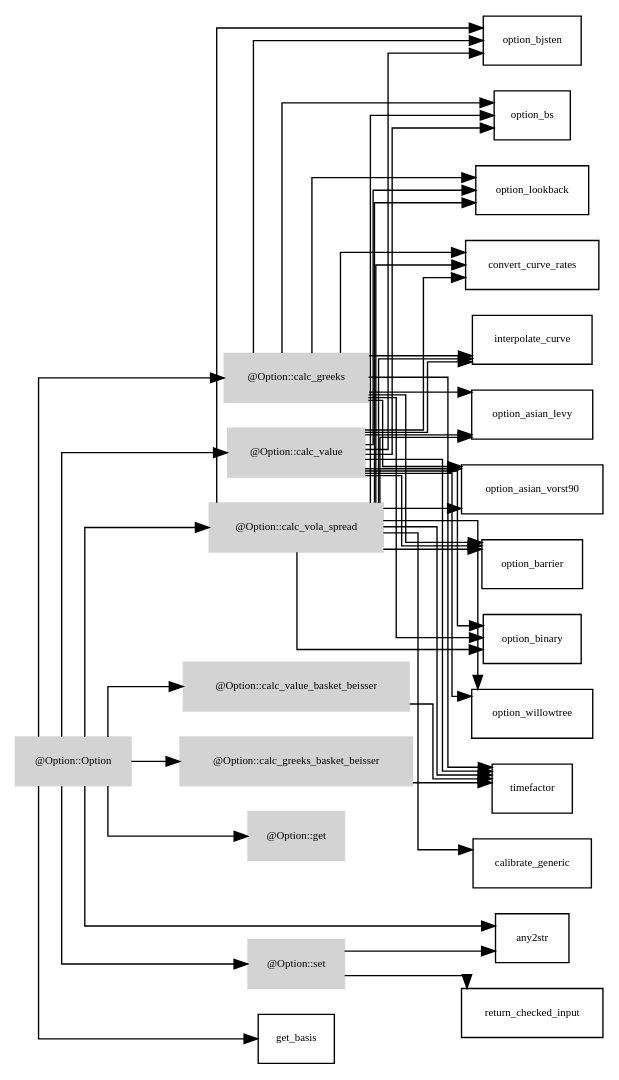
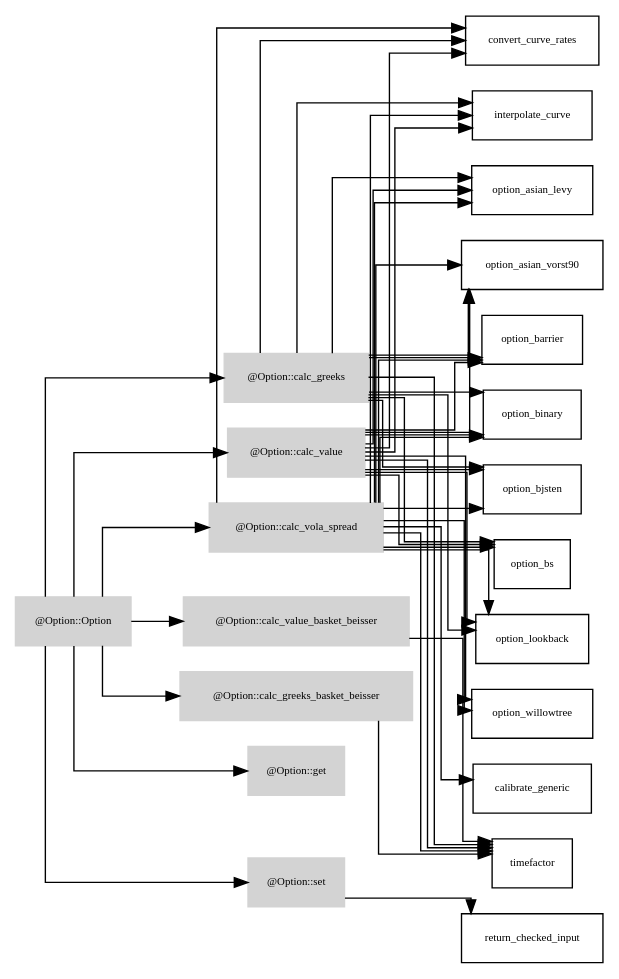
Before and after one commit to octarisk/documentation: the diagram in graphviz_files/Option.dot, drawn with Graphviz. The commit also changed 50 other files, not shown here.

Commit message:
* introduction of graphviz files for all classes and class function dependencies

```diff
--- a/graphviz_files/Option.dot
+++ b/graphviz_files/Option.dot
@@ -1,66 +1,63 @@
 digraph G {
 	fontname = "Bitstream Vera Sans"
 	fontsize = 8
 	node [
 		fontname = "Bitstream Vera Sans"
 		fontsize = 8
 		shape = "record"
 	]
 	edge [
 		fontname = "Bitstream Vera Sans"
 		fontsize = 8
 	]
 	graph [splines=ortho];
 	rankdir=LR;
 	subgraph class_Option {
 		style=filled;
 		node [style=filled,color=lightgrey];
 		"@Option::Option" -> "@Option::calc_greeks"
 		"@Option::Option" -> "@Option::calc_greeks_basket_beisser"
 		"@Option::Option" -> "@Option::calc_value"
 		"@Option::Option" -> "@Option::calc_value_basket_beisser"
 		"@Option::Option" -> "@Option::calc_vola_spread"
 		"@Option::Option" -> "@Option::get"
 		"@Option::Option" -> "@Option::set"
 		label = "@Option";
 	}
-"@Option::Option" 	 -> 	 "any2str"
-"@Option::Option" 	 -> 	 "get_basis"
 "@Option::calc_greeks" 	 -> 	 "convert_curve_rates"
 "@Option::calc_greeks" 	 -> 	 "interpolate_curve"
 "@Option::calc_greeks" 	 -> 	 "option_asian_levy"
 "@Option::calc_greeks" 	 -> 	 "option_asian_vorst90"
 "@Option::calc_greeks" 	 -> 	 "option_barrier"
 "@Option::calc_greeks" 	 -> 	 "option_binary"
 "@Option::calc_greeks" 	 -> 	 "option_bjsten"
 "@Option::calc_greeks" 	 -> 	 "option_bs"
 "@Option::calc_greeks" 	 -> 	 "option_lookback"
 "@Option::calc_greeks" 	 -> 	 "timefactor"
 "@Option::calc_greeks_basket_beisser" 	 -> 	 "timefactor"
 "@Option::calc_value" 	 -> 	 "convert_curve_rates"
 "@Option::calc_value" 	 -> 	 "interpolate_curve"
 "@Option::calc_value" 	 -> 	 "option_asian_levy"
 "@Option::calc_value" 	 -> 	 "option_asian_vorst90"
 "@Option::calc_value" 	 -> 	 "option_barrier"
 "@Option::calc_value" 	 -> 	 "option_binary"
 "@Option::calc_value" 	 -> 	 "option_bjsten"
 "@Option::calc_value" 	 -> 	 "option_bs"
 "@Option::calc_value" 	 -> 	 "option_lookback"
 "@Option::calc_value" 	 -> 	 "option_willowtree"
 "@Option::calc_value" 	 -> 	 "timefactor"
 "@Option::calc_value_basket_beisser" 	 -> 	 "timefactor"
 "@Option::calc_vola_spread" 	 -> 	 "calibrate_generic"
 "@Option::calc_vola_spread" 	 -> 	 "convert_curve_rates"
 "@Option::calc_vola_spread" 	 -> 	 "interpolate_curve"
 "@Option::calc_vola_spread" 	 -> 	 "option_asian_levy"
 "@Option::calc_vola_spread" 	 -> 	 "option_asian_vorst90"
 "@Option::calc_vola_spread" 	 -> 	 "option_barrier"
 "@Option::calc_vola_spread" 	 -> 	 "option_binary"
 "@Option::calc_vola_spread" 	 -> 	 "option_bjsten"
 "@Option::calc_vola_spread" 	 -> 	 "option_bs"
 "@Option::calc_vola_spread" 	 -> 	 "option_lookback"
 "@Option::calc_vola_spread" 	 -> 	 "option_willowtree"
 "@Option::calc_vola_spread" 	 -> 	 "timefactor"
-"@Option::set" 	 -> 	 "any2str"
 "@Option::set" 	 -> 	 "return_checked_input"
 }
```
